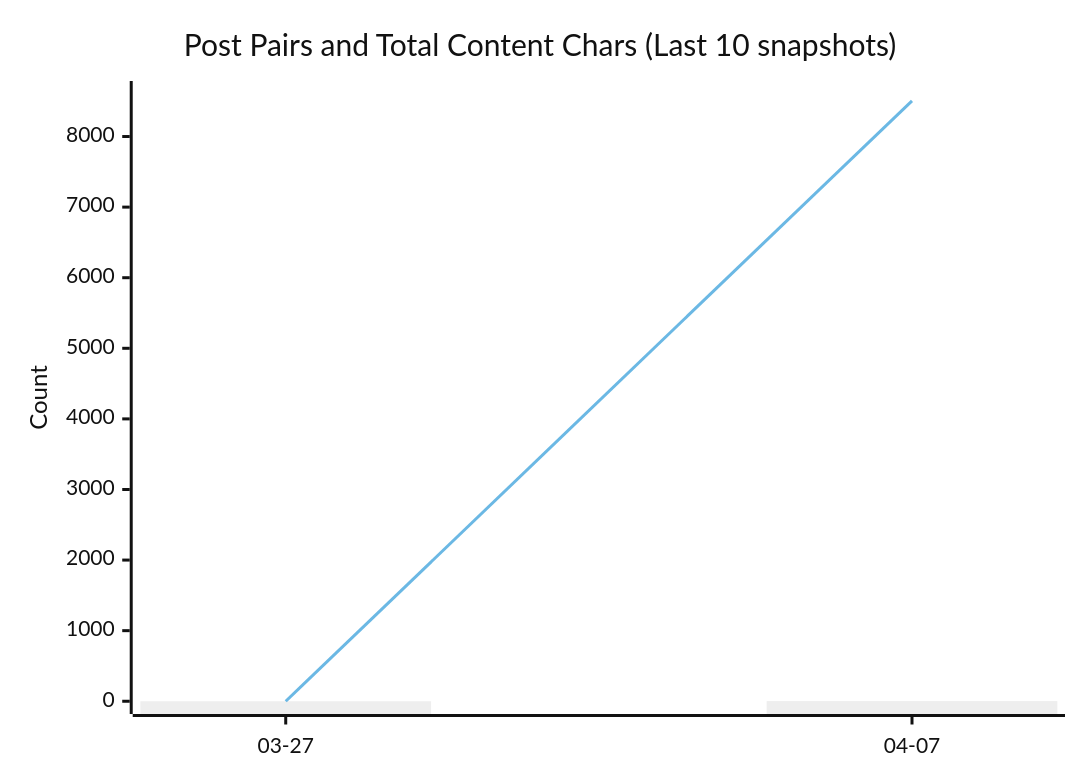
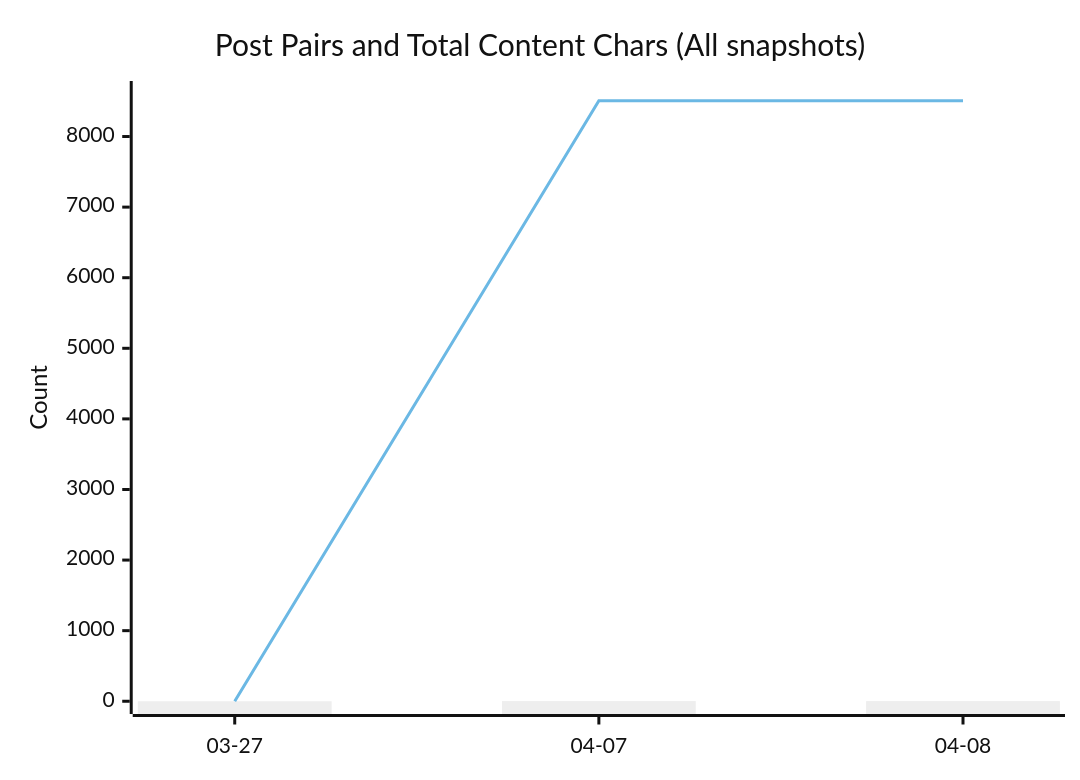
One commit to ttw225/blog changed the diagram in README.md. Above: the diagram before and after it, drawn with Mermaid (neutral theme). The commit also changed other lines of this file and 2 other files, not shown here.

Commit message:
auto: refresh blog stats

````diff
--- a/README.md
+++ b/README.md
@@ -25,8 +25,8 @@
 ```mermaid
 xychart-beta
-  title "Post Pairs and Total Content Chars (Last 10 snapshots)"
-  x-axis ["03-27", "04-07"]
+  title "Post Pairs and Total Content Chars (All snapshots)"
+  x-axis ["03-27", "04-07", "04-08"]
   y-axis "Count" 0 --> 8606
-  bar [0, 2]
-  line [0, 8506]
+  bar [0, 2, 2]
+  line [0, 8506, 8506]
 ```
````
